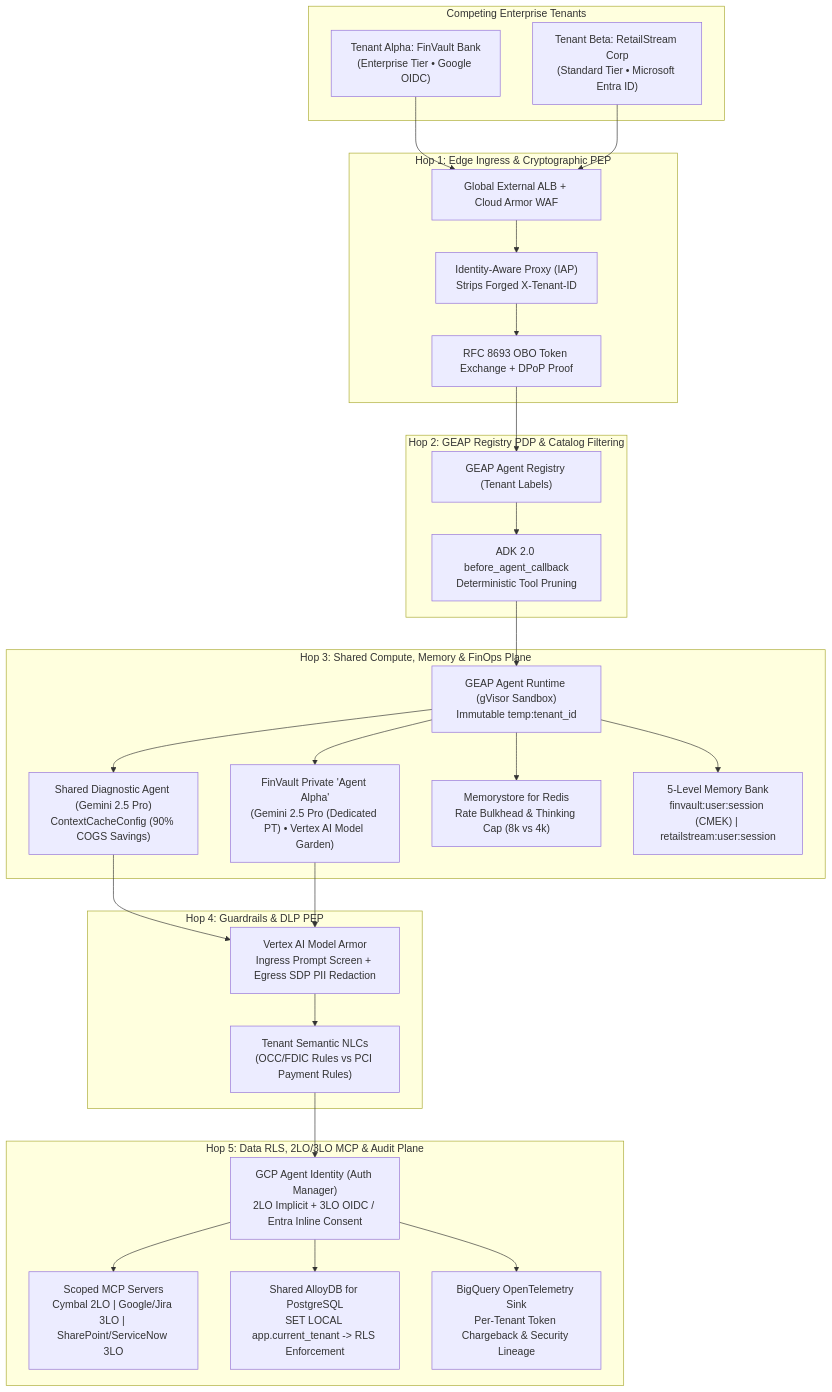
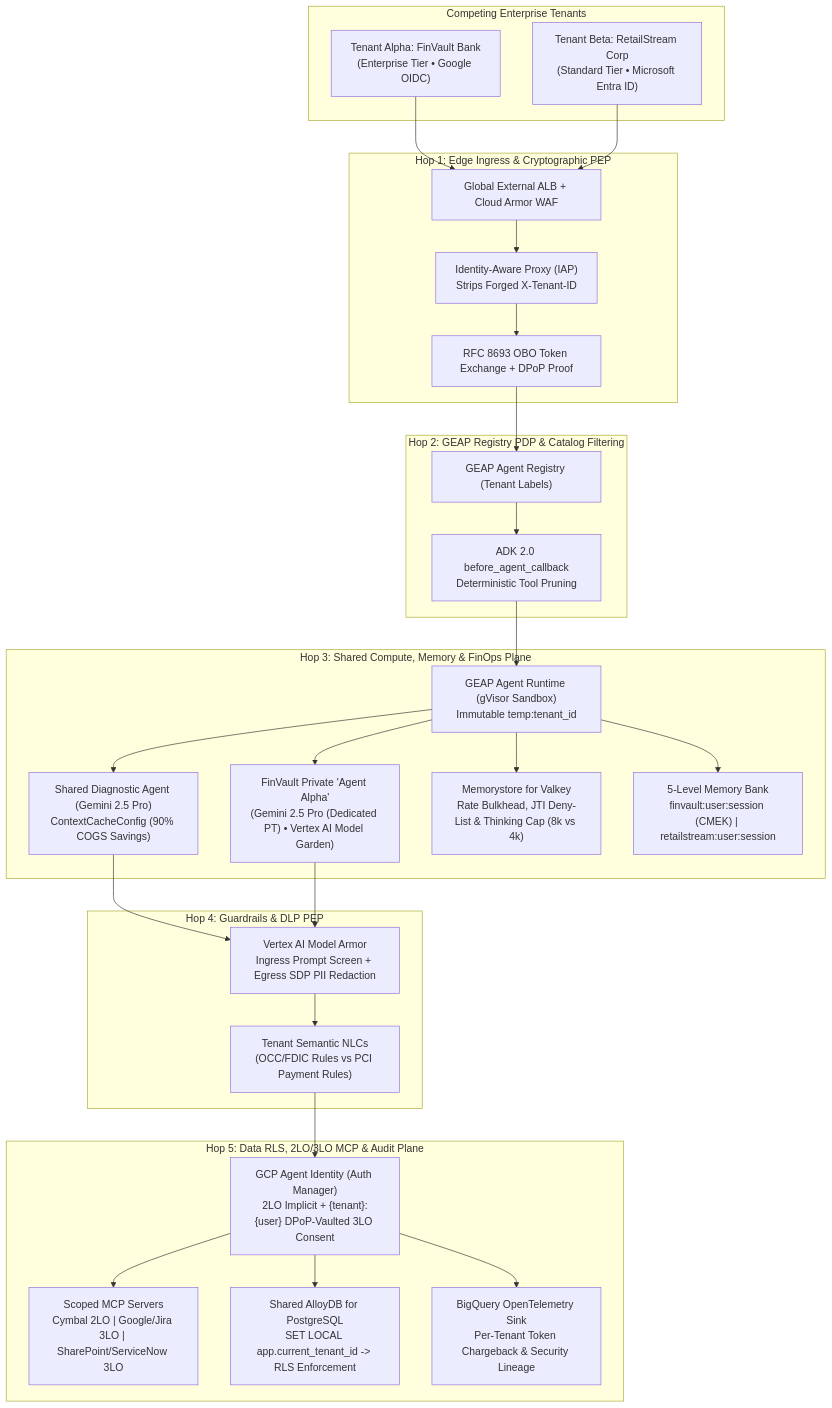
The first of 3 diagrams in workstream-1-reference-architecture/1.1-architecture-taxonomy-and-diagrams.md (nitinaggarwal-12/blogs), drawn with Mermaid before and after one commit. The commit also changed other lines of this file and 34 other files, not shown here.

````diff
--- a/workstream-1-reference-architecture/1.1-architecture-taxonomy-and-diagrams.md
+++ b/workstream-1-reference-architecture/1.1-architecture-taxonomy-and-diagrams.md
@@ -43,53 +49,53 @@
 ```mermaid
 flowchart TB
     subgraph Clients["Competing Enterprise Tenants"]
         FV["Tenant Alpha: FinVault Bank<br/>(Enterprise Tier • Google OIDC)"]
         RS["Tenant Beta: RetailStream Corp<br/>(Standard Tier • Microsoft Entra ID)"]
     end
 
     subgraph Hop1_Edge["Hop 1: Edge Ingress & Cryptographic PEP"]
         ALB["Global External ALB + Cloud Armor WAF"]
         IAP["Identity-Aware Proxy (IAP)<br/>Strips Forged X-Tenant-ID"]
         OBO["RFC 8693 OBO Token Exchange + DPoP Proof"]
     end
 
     subgraph Hop2_Registry["Hop 2: GEAP Registry PDP & Catalog Filtering"]
         Reg["GEAP Agent Registry (Tenant Labels)"]
         Callback["ADK 2.0 before_agent_callback<br/>Deterministic Tool Pruning"]
     end
 
     subgraph Hop3_Compute["Hop 3: Shared Compute, Memory & FinOps Plane"]
         Sandbox["GEAP Agent Runtime (gVisor Sandbox)<br/>Immutable temp:tenant_id"]
         SharedAgent["Shared Diagnostic Agent (Gemini 2.5 Pro)<br/>ContextCacheConfig (90% COGS Savings)"]
         AgentAlpha["FinVault Private 'Agent Alpha'<br/>(Gemini 2.5 Pro (Dedicated PT) • Vertex AI Model Garden)"]
-        Redis["Memorystore for Redis<br/>Rate Bulkhead & Thinking Cap (8k vs 4k)"]
+        Redis["Memorystore for Valkey<br/>Rate Bulkhead, JTI Deny-List & Thinking Cap (8k vs 4k)"]
         MemBank["5-Level Memory Bank<br/>finvault:user:session (CMEK) | retailstream:user:session"]
     end
 
     subgraph Hop4_Guardrails["Hop 4: Guardrails & DLP PEP"]
         Armor["Vertex AI Model Armor<br/>Ingress Prompt Screen + Egress SDP PII Redaction"]
         NLC["Tenant Semantic NLCs<br/>(OCC/FDIC Rules vs PCI Payment Rules)"]
     end
 
     subgraph Hop5_Data["Hop 5: Data RLS, 2LO/3LO MCP & Audit Plane"]
-        AuthMgr["GCP Agent Identity (Auth Manager)<br/>2LO Implicit + 3LO OIDC / Entra Inline Consent"]
+        AuthMgr["GCP Agent Identity (Auth Manager)<br/>2LO Implicit + {tenant}:{user} DPoP-Vaulted 3LO Consent"]
         MCP["Scoped MCP Servers<br/>Cymbal 2LO | Google/Jira 3LO | SharePoint/ServiceNow 3LO"]
-        AlloyDB["Shared AlloyDB for PostgreSQL<br/>SET LOCAL app.current_tenant -> RLS Enforcement"]
+        AlloyDB["Shared AlloyDB for PostgreSQL<br/>SET LOCAL app.current_tenant_id -> RLS Enforcement"]
         BQ["BigQuery OpenTelemetry Sink<br/>Per-Tenant Token Chargeback & Security Lineage"]
     end
 
     FV --> ALB
     RS --> ALB
     ALB --> IAP --> OBO --> Reg --> Callback
     Callback --> Sandbox
     Sandbox --> SharedAgent
     Sandbox --> AgentAlpha
     Sandbox --> Redis
     Sandbox --> MemBank
     SharedAgent --> Armor
     AgentAlpha --> Armor
     Armor --> NLC --> AuthMgr
     AuthMgr --> MCP
     AuthMgr --> AlloyDB
     AuthMgr --> BQ
 ```
````
